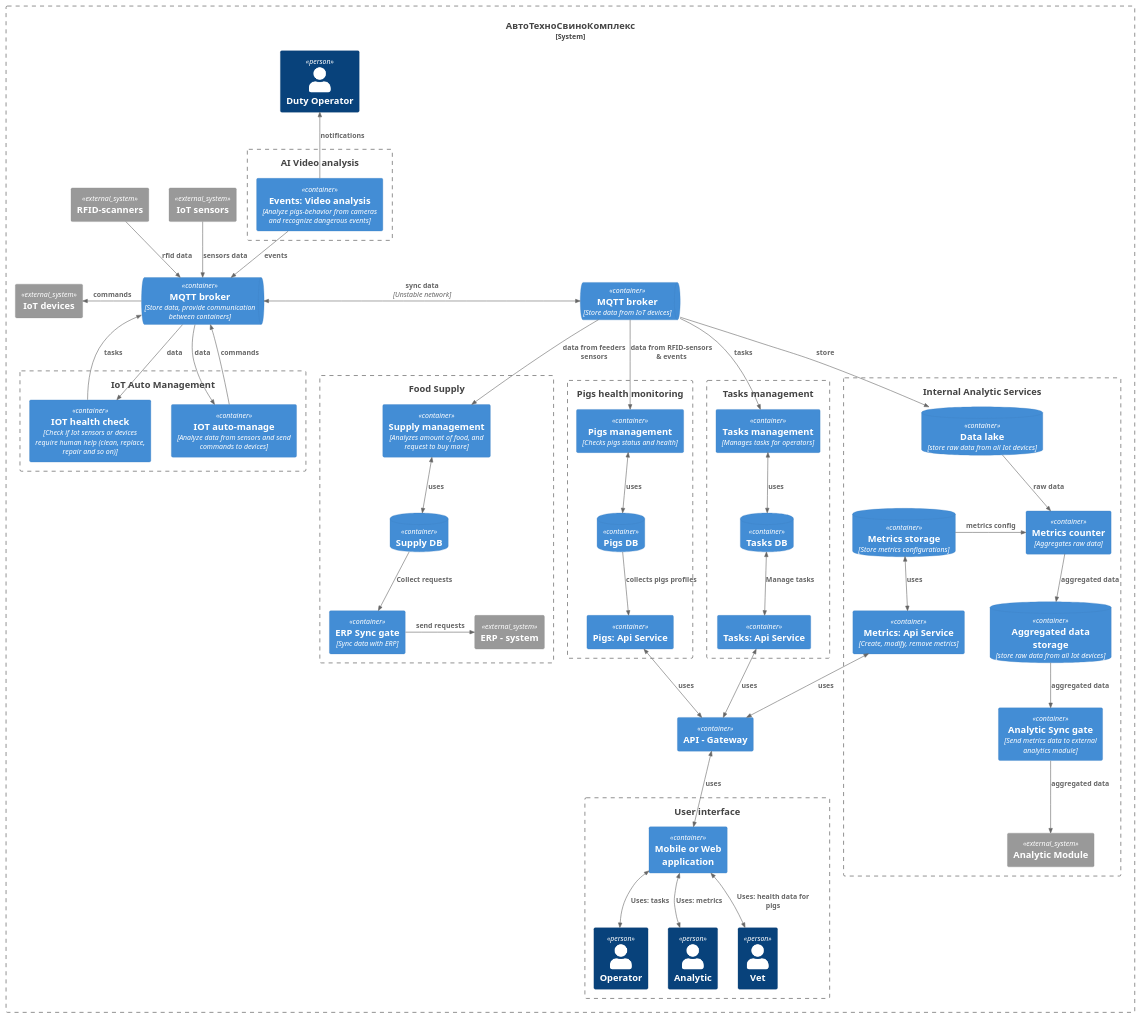
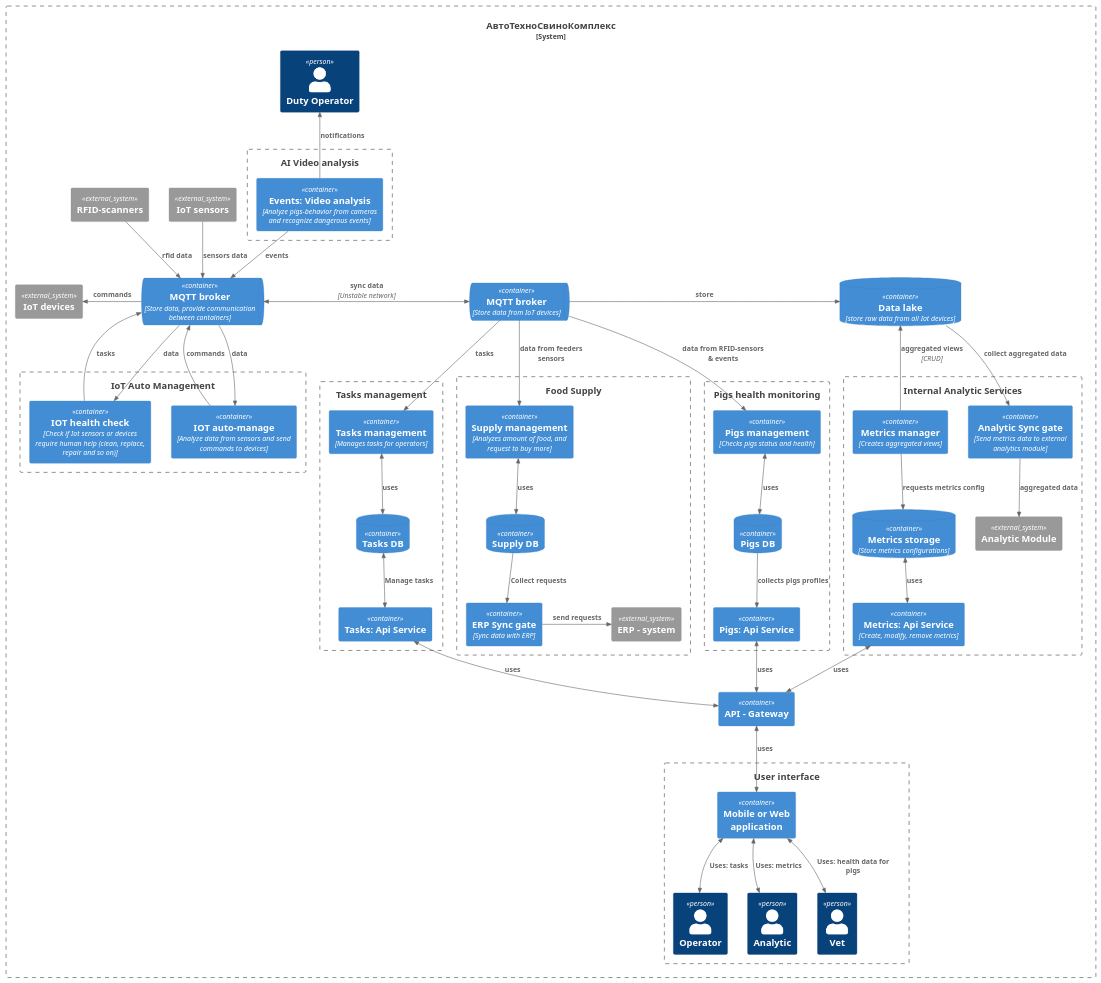
One commit to mirray/MSA-AgroTech changed the diagram in Task2/ATCK_C4_Containers.puml. Above: the diagram before and after it, drawn with PlantUML. The commit also changed 3 other files, not shown here.

```diff
--- a/Task2/ATCK_C4_Containers.puml
+++ b/Task2/ATCK_C4_Containers.puml
@@ -1,88 +1,87 @@
 @startuml Архитектура_АвтоТехноСвиноКомплекс_v1
 !include <C4/C4_Container>
 
 System_Boundary(atck, "АвтоТехноСвиноКомплекс "){
     Person(duty_operator, "Duty Operator")
     ContainerQueue(data_hub, "MQTT broker", "Store data, provide communication between containers")
     Boundary(video_b, "AI Video analysis"){
         Container(video, "Events: Video analysis", "Analyze pigs-behavior from cameras and recognize dangerous events")
         Rel(video, data_hub, "events")
         Rel_U(video, duty_operator, "notifications")
     }
     Boundary(iot_b, "IoT Auto Management"){
          Container(iot_auto_management, "IOT auto-manage", "Analyze data from sensors and send commands to devices")
          Rel(iot_auto_management, data_hub, "commands")
          Rel(data_hub, iot_auto_management, "data")
          Container(iot_health_check, "IOT health check", "Check if Iot sensors or devices require human help (clean, replace, repair and so on)")
          Rel_U(iot_health_check, data_hub, "tasks")
          Rel(data_hub, iot_health_check, "data")
     }
     System_Ext(iot_sensors, "IoT sensors")
     System_Ext(iot_devices, "IoT devices")
     System_Ext(rfid_scanners, "RFID-scanners")
     Rel_D(iot_sensors, data_hub, "sensors data")
     Rel_D(rfid_scanners, data_hub, "rfid data")
     Rel_L(data_hub, iot_devices, "commands")
 
     ContainerQueue(data_hub_server, "MQTT broker", "Store data from IoT devices")
     BiRel_R(data_hub, data_hub_server, "sync data", "Unstable network")
-    Boundary(b_supply, "Food Supply"){
-        Container(supply, "Supply management", "Analyzes amount of food, and request to buy more")
-        Rel_D(data_hub_server, supply, "data from feeders sensors")
-        ContainerDb(supply_db, "Supply DB")
-        BiRel_D(supply, supply_db, "uses")
-        Container(erp_sync, "ERP Sync gate", "Sync data with ERP")
-        Rel_D(supply_db, erp_sync, "Collect requests")  
-        System_Ext(erp, "ERP - system")
-        Rel_R(erp_sync, erp, "send requests")
-    }
+    
     Boundary(b_pigs, "Pigs health monitoring"){
         Container(pigs, "Pigs management", "Checks pigs status and health")
         Rel_D(data_hub_server, pigs, "data from RFID-sensors & events")
         ContainerDb(pigs_db, "Pigs DB")
         BiRel_D(pigs, pigs_db, "uses")
         Container(pigs_api, "Pigs: Api Service")
         Rel_D(pigs_db, pigs_api, "collects pigs profiles")
     }
     Boundary(internal_services, "Tasks management"){
         Container(tasks, "Tasks management", "Manages tasks for operators")
         Rel_D(data_hub_server, tasks, "tasks")
         ContainerDb(tasks_db, "Tasks DB")
         BiRel_D(tasks, tasks_db, "uses")
         Container(tasks_api, "Tasks: Api Service")
         BiRel_D(tasks_db, tasks_api, "Manage tasks")       
         
     }
+    ContainerDb(analytic_db, "Data lake", "store raw data from all Iot devices")
     Boundary(analysis_internal, "Internal Analytic Services"){
             Container(metrics_management, "Metrics: Api Service", "Create, modify, remove metrics")
             ContainerDb(metrics_management_db, "Metrics storage", "Store metrics configurations")
             BiRel_U(metrics_management, metrics_management_db, "uses")
             Container(analytic_module_sync, "Analytic Sync gate", "Send metrics data to external analytics module")   
             System_Ext(analytic_module, "Analytic Module") 
+            Rel_D(analytic_db, analytic_module_sync, "collect aggregated data")
             Rel(analytic_module_sync, analytic_module ,"aggregated data")
-            ContainerDb(analytic_db, "Data lake", "store raw data from all Iot devices")
-            ContainerDb(analytic_db_metrics, "Aggregated data storage", "store raw data from all Iot devices")
-            Rel_D(data_hub_server, analytic_db, "store")
-            Container(metrics_service, "Metrics counter", "Aggregates raw data")                    
-            Rel_D(analytic_db, metrics_service, "raw data")
-            Rel_D(metrics_service, analytic_db_metrics, "aggregated data")
-            Rel_R(metrics_management_db, metrics_service, "metrics config")            
-            Rel_D(analytic_db_metrics, analytic_module_sync ,"aggregated data")
             
-       }
+            Rel_R(data_hub_server, analytic_db, "store")
+            Container(metrics_manager, "Metrics manager", "Creates aggregated views") 
+            Rel_D(metrics_manager, analytic_db, "aggregated views", "CRUD")
+            Rel_D(metrics_manager, metrics_management_db, "requests metrics config")                
+    }
+    Boundary(b_supply, "Food Supply"){
+            Container(supply, "Supply management", "Analyzes amount of food, and request to buy more")
+            Rel_D(data_hub_server, supply, "data from feeders sensors")
+            ContainerDb(supply_db, "Supply DB")
+            BiRel_D(supply, supply_db, "uses")
+            Container(erp_sync, "ERP Sync gate", "Sync data with ERP")
+            Rel_D(supply_db, erp_sync, "Collect requests")  
+            System_Ext(erp, "ERP - system")
+            Rel_R(erp_sync, erp, "send requests")
+        }
     Container(api, "API - Gateway")       
     BiRel_D(tasks_api, api, "uses")
     BiRel_D(pigs_api, api, "uses")
     BiRel_D(metrics_management, api, "uses")
     Boundary(ui_b, "User interface"){       
         Container(ui, "Mobile or Web application")
         Person(operator, "Operator")
         Person(analytic, "Analytic")
         Person(vet, "Vet")
         BiRel_D(ui, operator, "Uses: tasks")
         BiRel_D(ui, vet, "Uses: health data for pigs")
         BiRel_D(ui, analytic, "Uses: metrics")
         BiRel_D(api,ui, "uses")
     } 
 }
 @enduml
```
